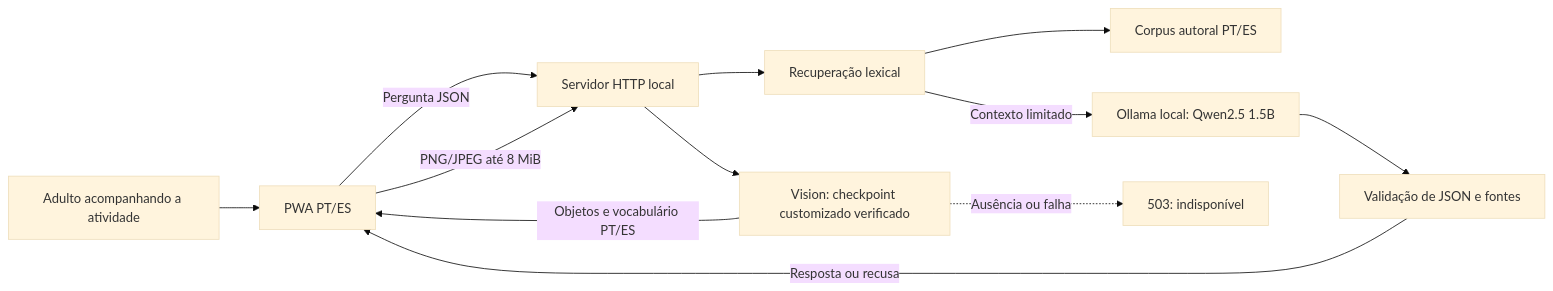
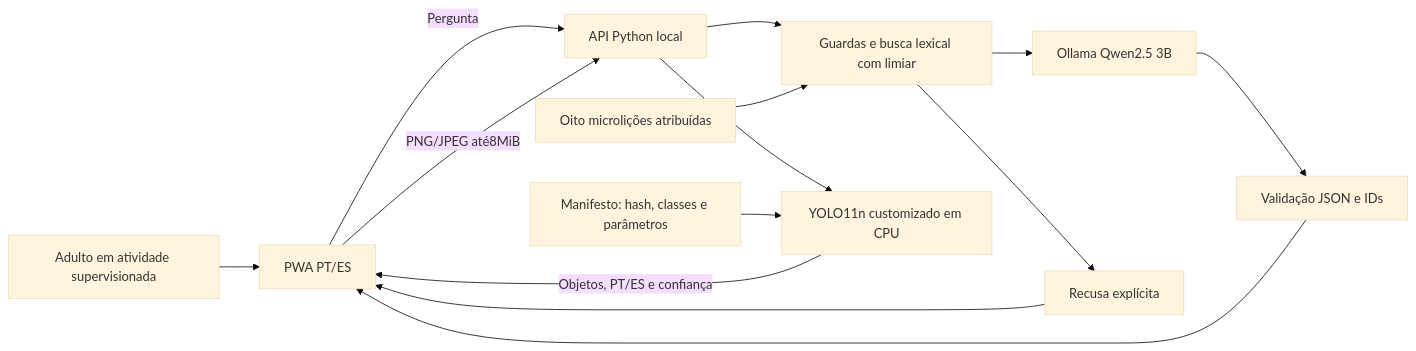
Before and after one commit to Acolhe-Projeto/Acolhe---GS8: the first of 2 diagrams in docs/PRD_GENAI_VISION.md, drawn with Mermaid (base theme). The commit also changed other lines of this file and 31 other files, not shown here.

````diff
--- a/docs/PRD_GENAI_VISION.md
+++ b/docs/PRD_GENAI_VISION.md
@@ -21,14 +18,16 @@
 ```mermaid
 flowchart LR
-    Adulto[Adulto acompanhando a atividade] --> PWA[PWA PT/ES]
-    PWA -->|Pergunta JSON| API[Servidor HTTP local]
-    API --> R[Recuperação lexical]
-    R --> C[Corpus autoral PT/ES]
-    R -->|Contexto limitado| L[Ollama local: Qwen2.5 1.5B]
-    L --> V[Validação de JSON e fontes]
-    V -->|Resposta ou recusa| PWA
-    PWA -->|PNG/JPEG até 8 MiB| API
-    API --> Y[Vision: checkpoint customizado verificado]
-    Y -->|Objetos e vocabulário PT/ES| PWA
-    Y -. Ausência ou falha .-> U[503: indisponível]
+    A[Adulto em atividade supervisionada] --> UI[PWA PT/ES]
+    UI -->|Pergunta| API[API Python local]
+    API --> G[Guardas e busca lexical com limiar]
+    C[Oito microlições atribuídas] --> G
+    G --> L[Ollama Qwen2.5 3B]
+    L --> J[Validação JSON e IDs]
+    J --> UI
+    G --> R[Recusa explícita]
+    R --> UI
+    UI -->|PNG/JPEG até8MiB| API
+    API --> V[YOLO11n customizado em CPU]
+    M[Manifesto: hash, classes e parâmetros] --> V
+    V -->|Objetos, PT/ES e confiança| UI
 ```
````
